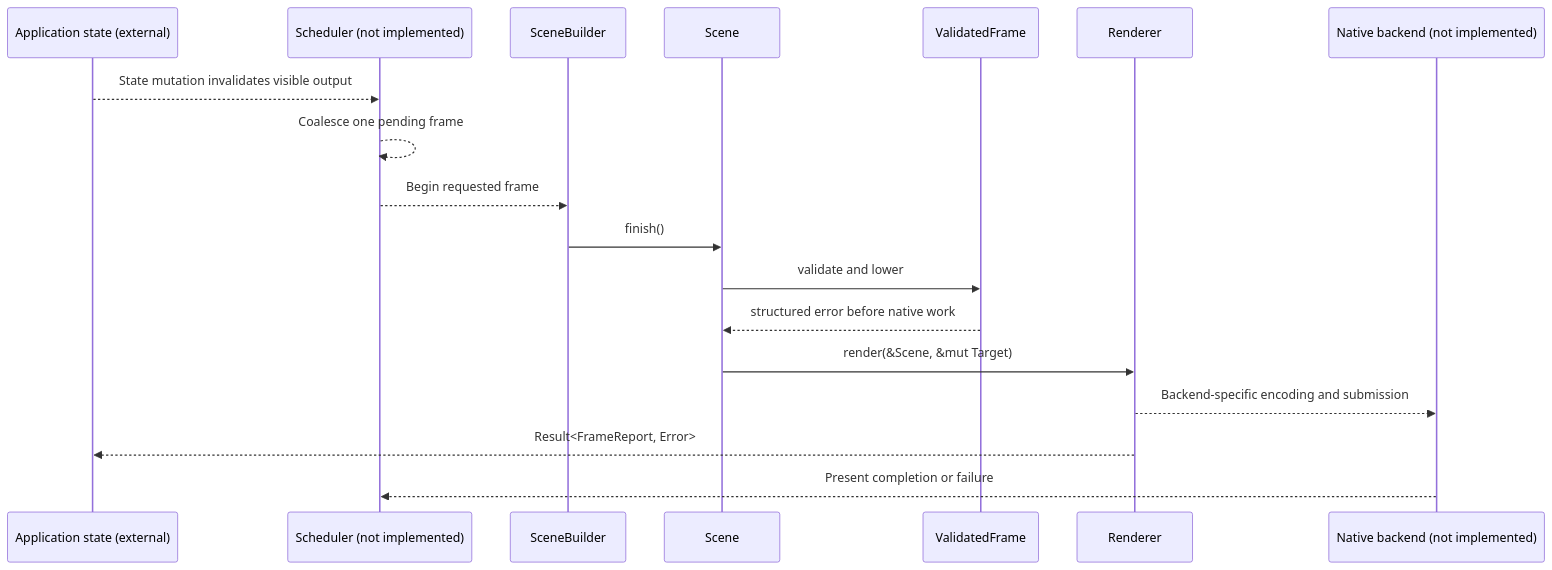
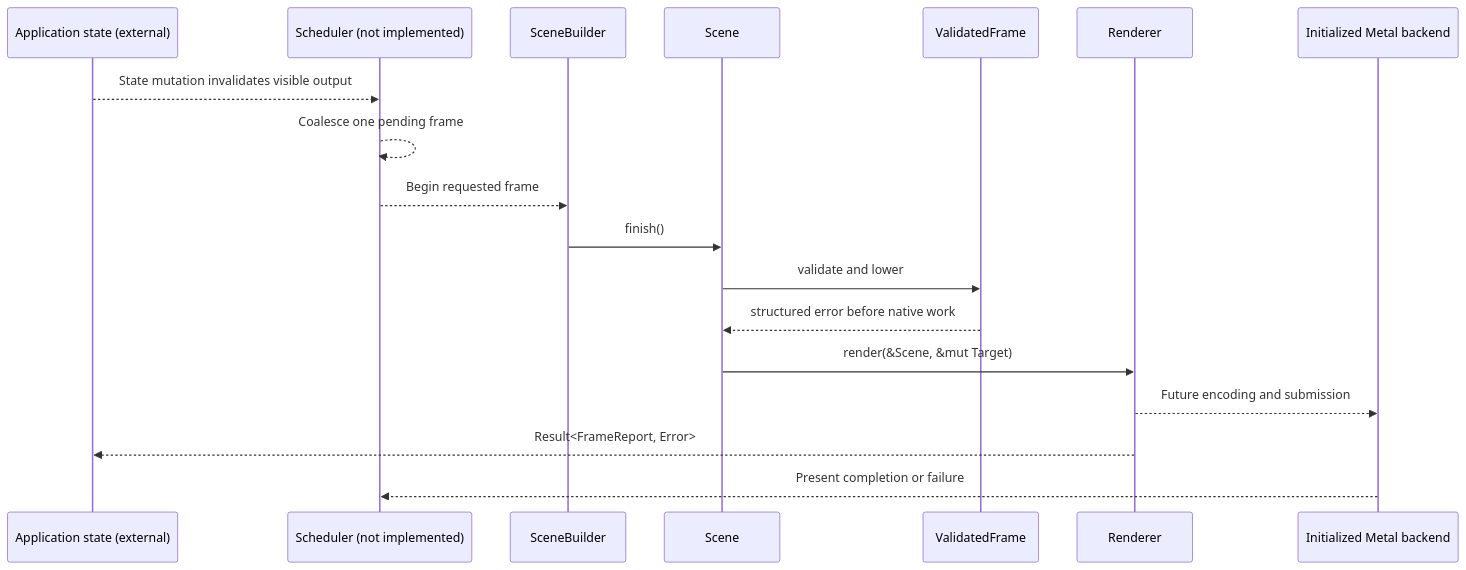
Before and after one commit to dbuddha/alpine-gpui: the third of 7 diagrams in ARCHITECTURE.md, drawn with Mermaid. The commit also changed other lines of this file and 25 other files, not shown here.

````diff
--- a/ARCHITECTURE.md
+++ b/ARCHITECTURE.md
@@ -102,21 +112,21 @@
 ```mermaid
 sequenceDiagram
     participant App as Application state (external)
     participant Scheduler as Scheduler (not implemented)
     participant Builder as SceneBuilder
     participant Scene
     participant Plan as ValidatedFrame
     participant Renderer
-    participant Backend as Native backend (not implemented)
+    participant Backend as Initialized Metal backend
 
     App-->>Scheduler: State mutation invalidates visible output
     Scheduler-->>Scheduler: Coalesce one pending frame
     Scheduler-->>Builder: Begin requested frame
     Builder->>Scene: finish()
     Scene->>Plan: validate and lower
     Plan-->>Scene: structured error before native work
     Scene->>Renderer: render(&Scene, &mut Target)
-    Renderer-->>Backend: Backend-specific encoding and submission
+    Renderer-->>Backend: Future encoding and submission
     Renderer-->>App: Result<FrameReport, Error>
     Backend-->>Scheduler: Present completion or failure
 ```
````
